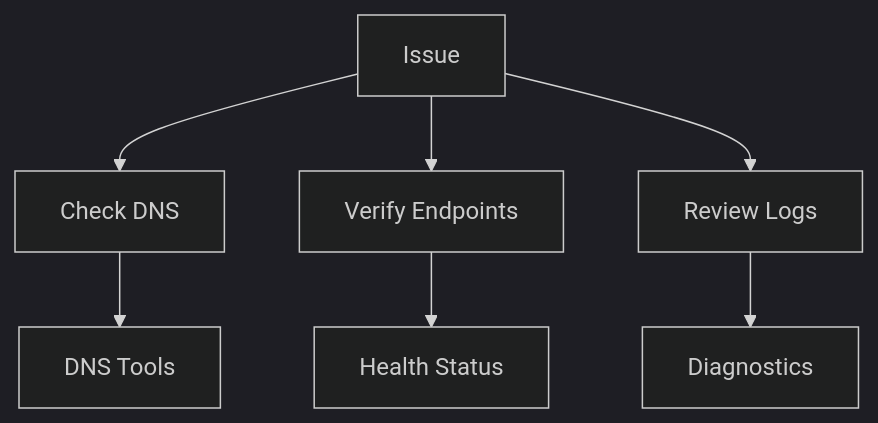
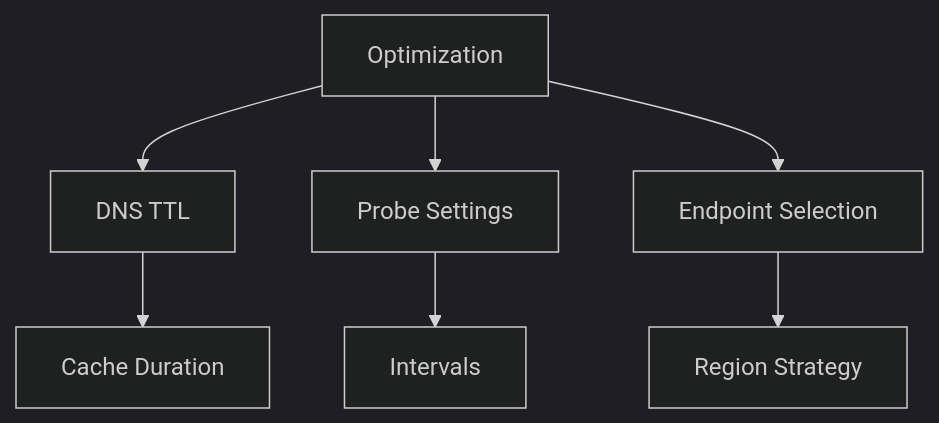
Diagram 14 of 14 in src/azure/az-104/Traffic_Manager.md (saravanakumarrc/Architecture_Journey), drawn with Mermaid (dark theme) before and after one commit. The commit also changed other lines of this file and 6 other files, not shown here.

````diff
--- a/src/azure/az-104/Traffic_Manager.md
+++ b/src/azure/az-104/Traffic_Manager.md
@@ -244,10 +230,10 @@
 ```mermaid
 graph TB
-    A[Issue] --> B[Check DNS]
-    A --> C[Verify Endpoints]
-    A --> D[Review Logs]
+    A[Optimization] --> B[DNS TTL]
+    A --> C[Probe Settings]
+    A --> D[Endpoint Selection]
     
-    B --> E[DNS Tools]
-    C --> F[Health Status]
-    D --> G[Diagnostics]
+    B --> E[Cache Duration]
+    C --> F[Intervals]
+    D --> G[Region Strategy]
 ```
````
